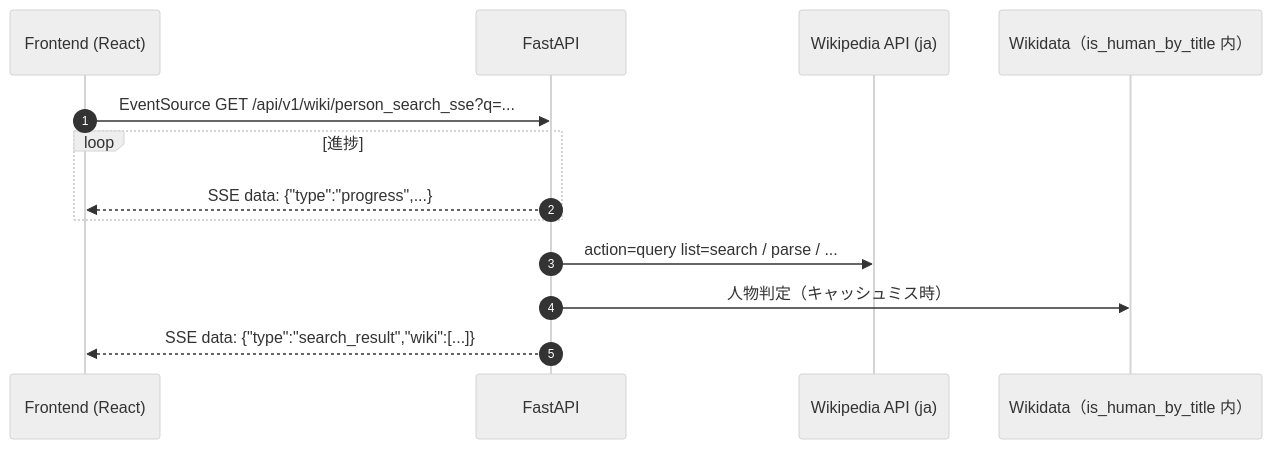
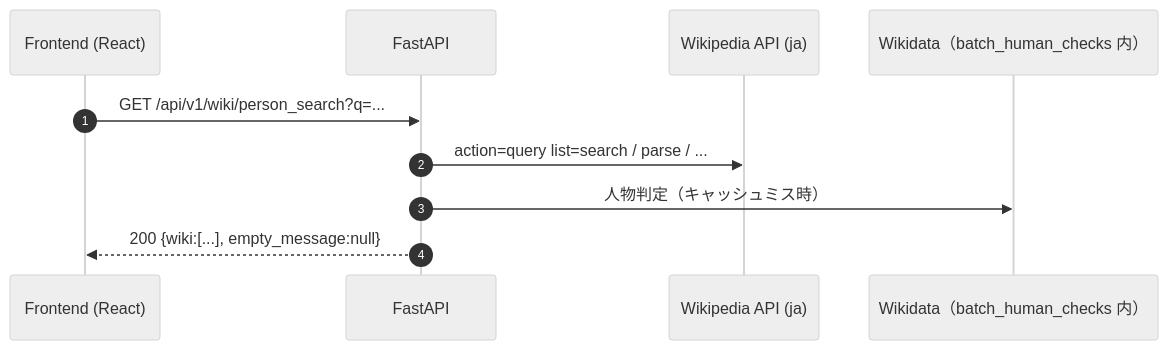
Before and after one commit to 5avvadaJ1r0/people_relation: the ninth of 9 diagrams in docs/api.md, drawn with Mermaid (neutral theme). The commit also changed other lines of this file and 8 other files, not shown here.

````diff
--- a/docs/api.md
+++ b/docs/api.md
@@ -1025,16 +1018,13 @@
 ```mermaid
 sequenceDiagram
   autonumber
   participant UI as Frontend (React)
   participant API as FastAPI
   participant WP as Wikipedia API (ja)
-  participant WD as Wikidata（is_human_by_title 内）
+  participant WD as Wikidata（batch_human_checks 内）
 
-  UI->>API: EventSource GET /api/v1/wiki/person_search_sse?q=...
-  loop 進捗
-    API-->>UI: SSE data: {"type":"progress",...}
-  end
+  UI->>API: GET /api/v1/wiki/person_search?q=...
   API->>WP: action=query list=search / parse / ...
   API->>WD: 人物判定（キャッシュミス時）
-  API-->>UI: SSE data: {"type":"search_result","wiki":[...]}
+  API-->>UI: 200 {wiki:[...], empty_message:null}
 ```
````
